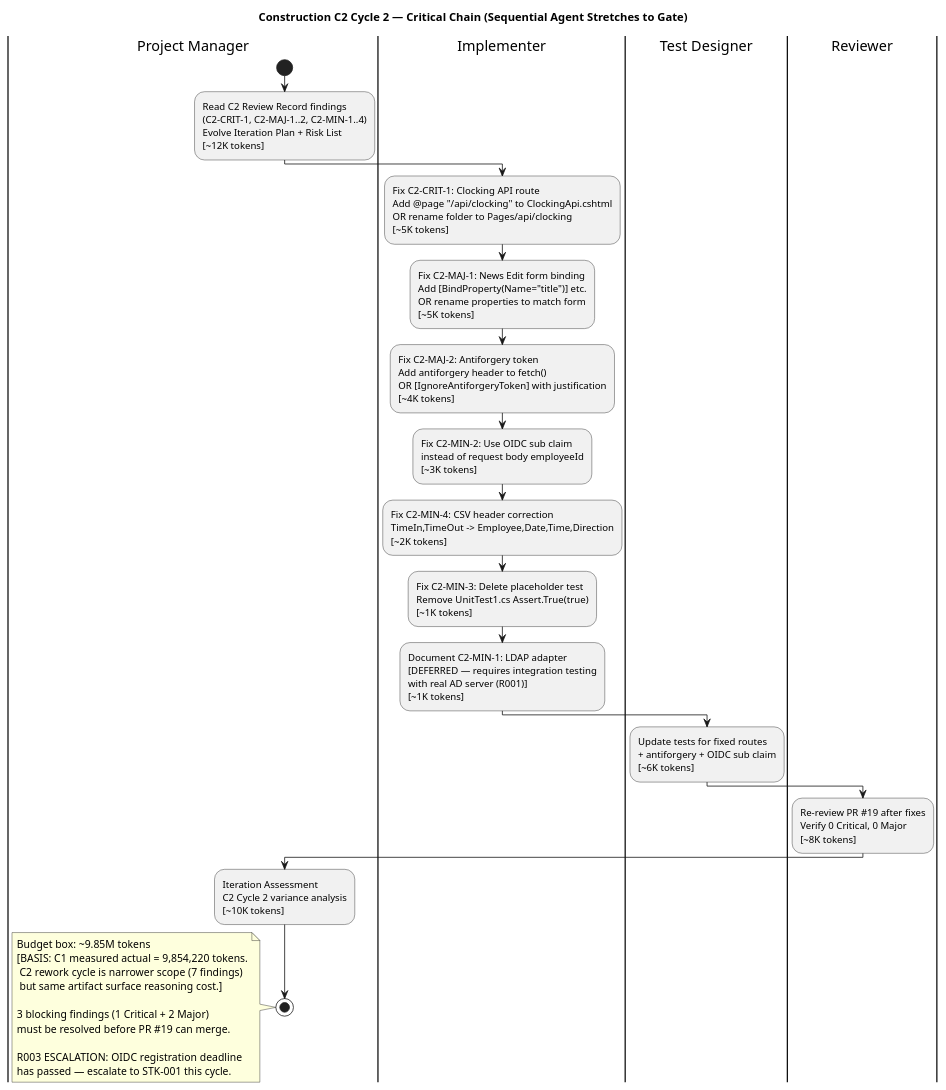
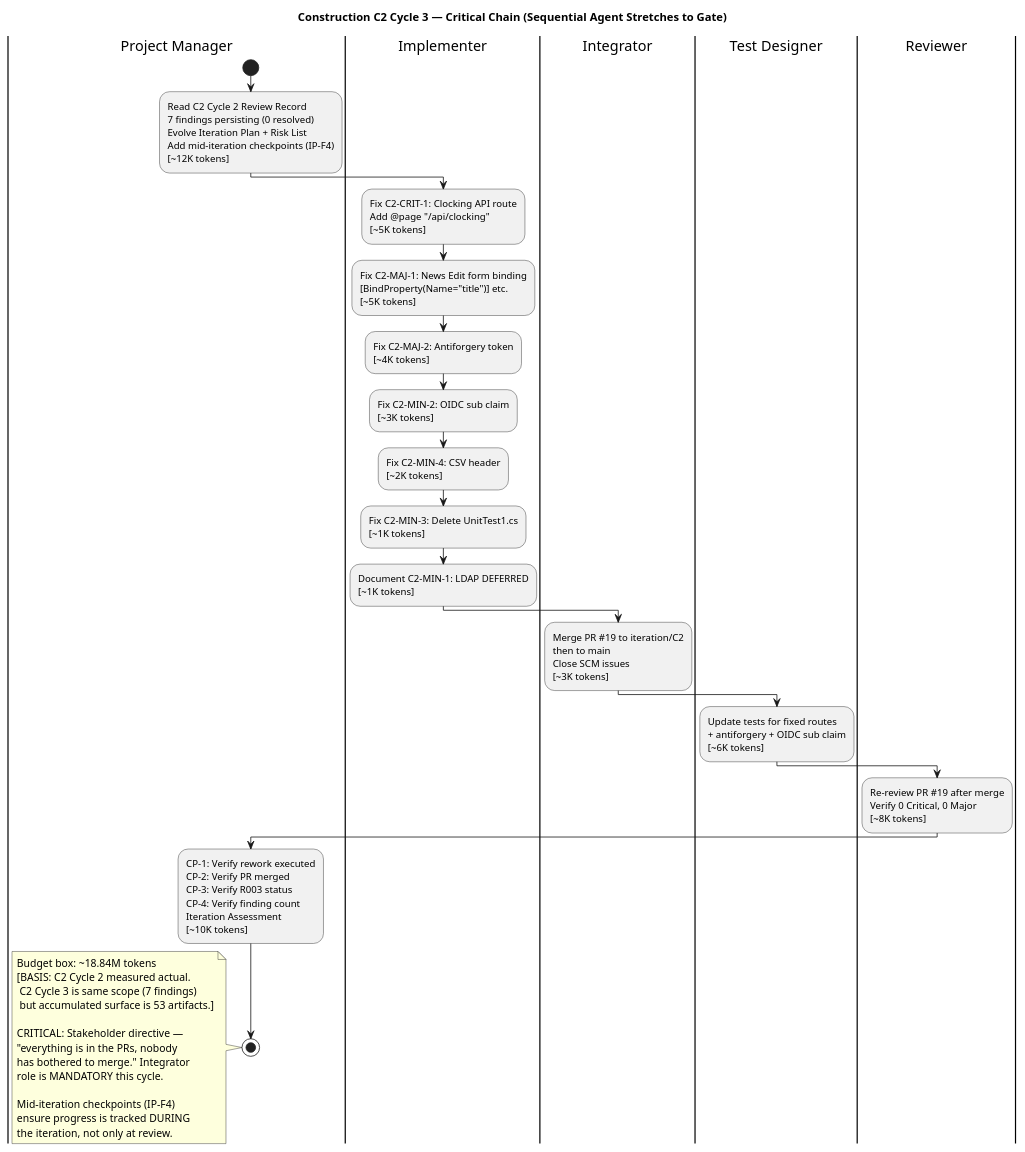
One commit to banense-test/portal-cuba-corp changed the second of 2 diagrams in docs/artifacts/project-management/iteration-plan.md. Above: the diagram before and after it, drawn with PlantUML. The commit also changed other lines of this file, not shown here.

First line of the commit message:
Project Manager [C2]: upsert Iteration Plan

````diff
--- a/docs/artifacts/project-management/iteration-plan.md
+++ b/docs/artifacts/project-management/iteration-plan.md
@@ -65,42 +83,48 @@
 ```plantuml
 @startuml
-title Construction C2 Cycle 2 — Critical Chain (Sequential Agent Stretches to Gate)
+title Construction C2 Cycle 3 — Critical Chain (Sequential Agent Stretches to Gate)
 
 |Project Manager|
 start
-:Read C2 Review Record findings\n(C2-CRIT-1, C2-MAJ-1..2, C2-MIN-1..4)\nEvolve Iteration Plan + Risk List\n[~12K tokens];
+:Read C2 Cycle 2 Review Record\n7 findings persisting (0 resolved)\nEvolve Iteration Plan + Risk List\nAdd mid-iteration checkpoints (IP-F4)\n[~12K tokens];
 
 |Implementer|
-:Fix C2-CRIT-1: Clocking API route\nAdd @page "/api/clocking" to ClockingApi.cshtml\nOR rename folder to Pages/api/clocking\n[~5K tokens];
-:Fix C2-MAJ-1: News Edit form binding\nAdd [BindProperty(Name="title")] etc.\nOR rename properties to match form\n[~5K tokens];
-:Fix C2-MAJ-2: Antiforgery token\nAdd antiforgery header to fetch()\nOR [IgnoreAntiforgeryToken] with justification\n[~4K tokens];
-:Fix C2-MIN-2: Use OIDC sub claim\ninstead of request body employeeId\n[~3K tokens];
-:Fix C2-MIN-4: CSV header correction\nTimeIn,TimeOut -> Employee,Date,Time,Direction\n[~2K tokens];
-:Fix C2-MIN-3: Delete placeholder test\nRemove UnitTest1.cs Assert.True(true)\n[~1K tokens];
-:Document C2-MIN-1: LDAP adapter\n[DEFERRED — requires integration testing\nwith real AD server (R001)]\n[~1K tokens];
+:Fix C2-CRIT-1: Clocking API route\nAdd @page "/api/clocking"\n[~5K tokens];
+:Fix C2-MAJ-1: News Edit form binding\n[BindProperty(Name="title")] etc.\n[~5K tokens];
+:Fix C2-MAJ-2: Antiforgery token\n[~4K tokens];
+:Fix C2-MIN-2: OIDC sub claim\n[~3K tokens];
+:Fix C2-MIN-4: CSV header\n[~2K tokens];
+:Fix C2-MIN-3: Delete UnitTest1.cs\n[~1K tokens];
+:Document C2-MIN-1: LDAP DEFERRED\n[~1K tokens];
+
+|Integrator|
+:Merge PR #19 to iteration/C2\nthen to main\nClose SCM issues\n[~3K tokens];
 
 |Test Designer|
 :Update tests for fixed routes\n+ antiforgery + OIDC sub claim\n[~6K tokens];
 
 |Reviewer|
-:Re-review PR #19 after fixes\nVerify 0 Critical, 0 Major\n[~8K tokens];
+:Re-review PR #19 after merge\nVerify 0 Critical, 0 Major\n[~8K tokens];
 
 |Project Manager|
-:Iteration Assessment\nC2 Cycle 2 variance analysis\n[~10K tokens];
+:CP-1: Verify rework executed\nCP-2: Verify PR merged\nCP-3: Verify R003 status\nCP-4: Verify finding count\nIteration Assessment\n[~10K tokens];
 stop
 
 note
-  Budget box: ~9.85M tokens
-  [BASIS: C1 measured actual = 9,854,220 tokens.
-   C2 rework cycle is narrower scope (7 findings)
-   but same artifact surface reasoning cost.]
+  Budget box: ~18.84M tokens
+  [BASIS: C2 Cycle 2 measured actual.
+   C2 Cycle 3 is same scope (7 findings)
+   but accumulated surface is 53 artifacts.]
   
-  3 blocking findings (1 Critical + 2 Major)
-  must be resolved before PR #19 can merge.
+  CRITICAL: Stakeholder directive —
+  "everything is in the PRs, nobody
+  has bothered to merge." Integrator
+  role is MANDATORY this cycle.
   
-  R003 ESCALATION: OIDC registration deadline
-  has passed — escalate to STK-001 this cycle.
+  Mid-iteration checkpoints (IP-F4)
+  ensure progress is tracked DURING
+  the iteration, not only at review.
 end note
 
 @enduml
 ```
````
